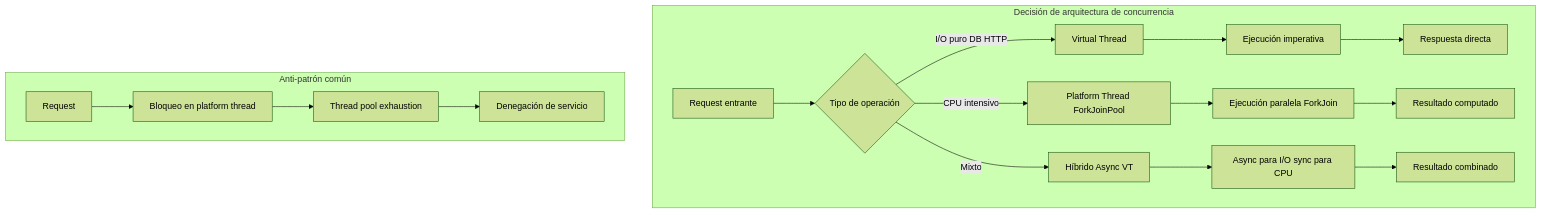
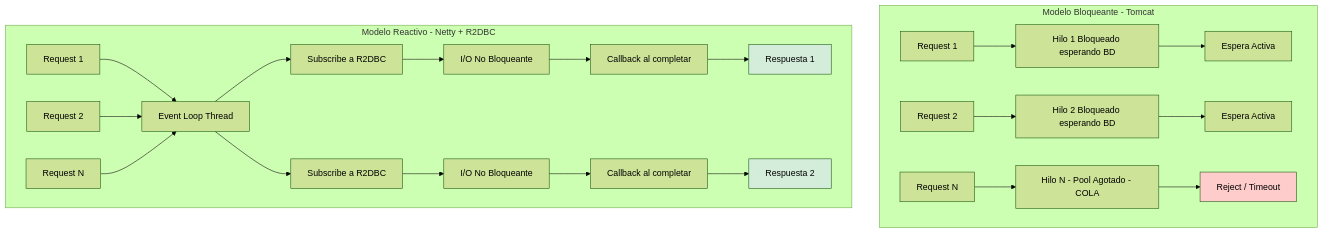
The first of 3 diagrams in 03_Spring_Ecosystem/spring_boot_34_r2dbc_virtual_threads_STAFF.md (Joaquinriosheredia/DAM-Java-Mastery), drawn with Mermaid (forest theme) before and after one commit. The commit also changed other lines of this file, not shown here.

Commit message:
spring_boot_34_r2dbc_virtual_threads_STAFF.md

````diff
--- a/03_Spring_Ecosystem/spring_boot_34_r2dbc_virtual_threads_STAFF.md
+++ b/03_Spring_Ecosystem/spring_boot_34_r2dbc_virtual_threads_STAFF.md
@@ -56,23 +81,31 @@
 ```mermaid
 graph TD
-    subgraph "Decisión de arquitectura de concurrencia"
-        REQ[Request entrante] --> TIPO{Tipo de operación}
-        TIPO -->|I/O puro DB HTTP| VT[Virtual Thread]
-        TIPO -->|CPU intensivo| PT[Platform Thread ForkJoinPool]
-        TIPO -->|Mixto| HYB[Híbrido Async VT]
-        
-        VT --> EXEC1[Ejecución imperativa]
-        PT --> EXEC2[Ejecución paralela ForkJoin]
-        HYB --> EXEC3[Async para I/O sync para CPU]
-        
-        EXEC1 --> RESP1[Respuesta directa]
-        EXEC2 --> RESP2[Resultado computado]
-        EXEC3 --> RESP3[Resultado combinado]
+    subgraph "Modelo Bloqueante - Tomcat"
+        REQ1[Request 1] --> THREAD1[Hilo 1 Bloqueado esperando BD]
+        REQ2[Request 2] --> THREAD2[Hilo 2 Bloqueado esperando BD]
+        REQN[Request N] --> THREADN[Hilo N - Pool Agotado - COLA]
+        THREAD1 --> WAIT1[Espera Activa]
+        THREAD2 --> WAIT2[Espera Activa]
+        THREADN --> FAIL[Reject / Timeout]
     end
     
-    subgraph "Anti-patrón común"
-        REQ2[Request] --> BLOCK[Bloqueo en platform thread]
-        BLOCK --> STARV[Thread pool exhaustion]
-        STARV --> CRASH[Denegación de servicio]
+    subgraph "Modelo Reactivo - Netty + R2DBC"
+        REQ1R[Request 1] --> LOOP[Event Loop Thread]
+        REQ2R[Request 2] --> LOOP
+        REQNR[Request N] --> LOOP
+        
+        LOOP --> SUB1[Subscribe a R2DBC]
+        SUB1 --> NON_BLOCK[I/O No Bloqueante]
+        NON_BLOCK --> CALLBACK[Callback al completar]
+        CALLBACK --> RESP1[Respuesta 1]
+        
+        LOOP --> SUB2[Subscribe a R2DBC]
+        SUB2 --> NON_BLOCK2[I/O No Bloqueante]
+        NON_BLOCK2 --> CALLBACK2[Callback al completar]
+        CALLBACK2 --> RESP2[Respuesta 2]
     end
+    
+    style FAIL fill:#ffcccc
+    style RESP1 fill:#d4edda
+    style RESP2 fill:#d4edda
 ```
````
